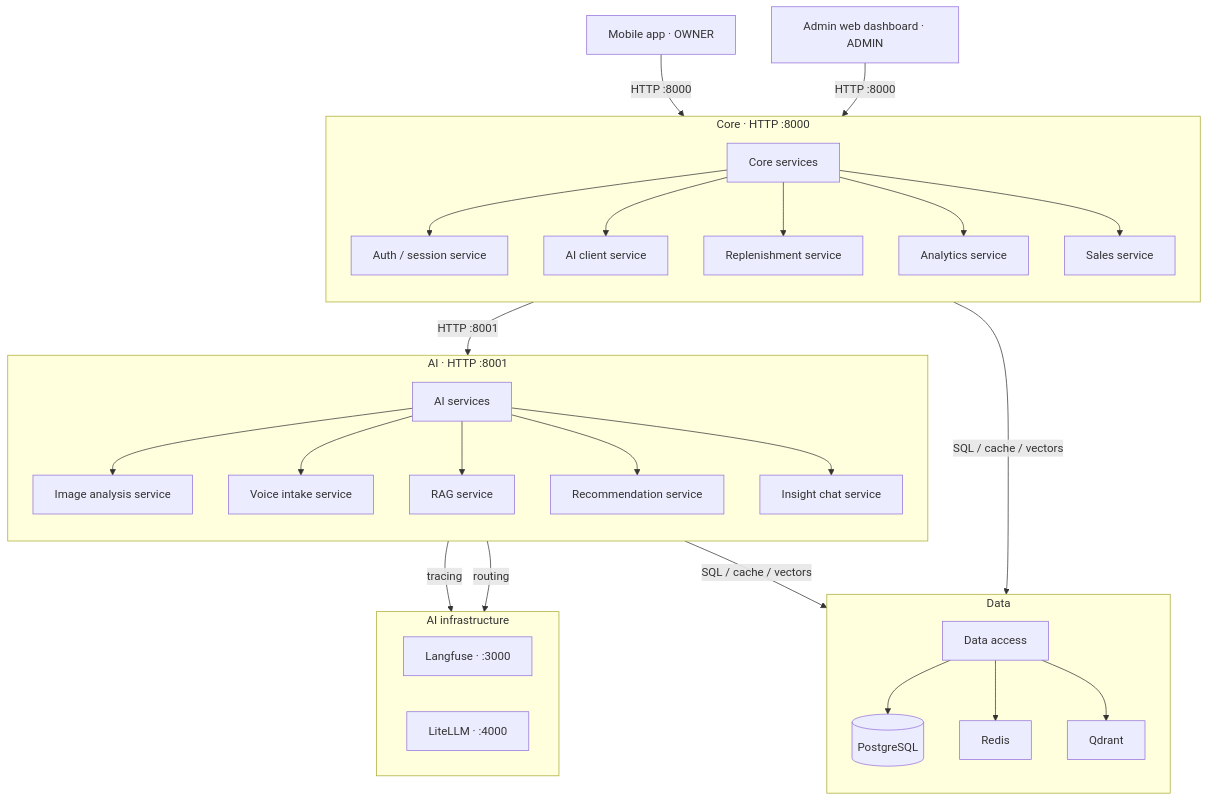
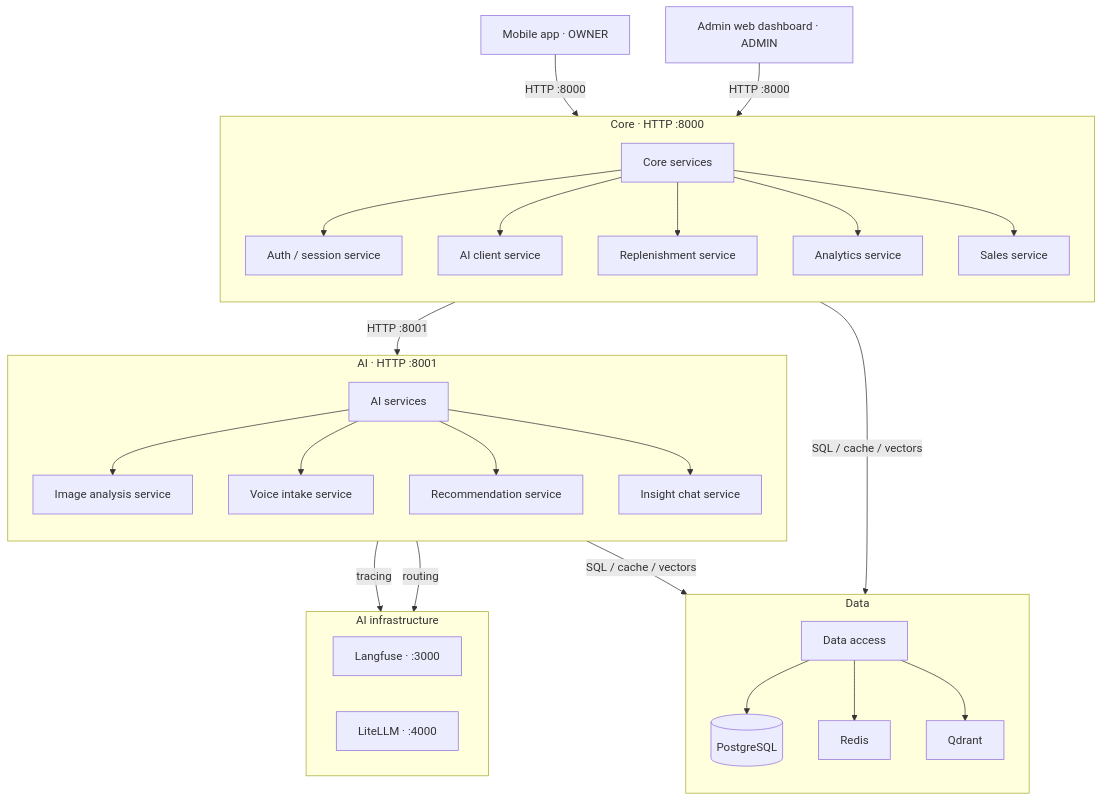
The diagram in docs/architecture/diagrams/src/architecture.mmd (miphu2804/smart-ledger), drawn with Mermaid before and after one commit. The commit also changed 9 other files, not shown here.

```diff
--- a/docs/architecture/diagrams/src/architecture.mmd
+++ b/docs/architecture/diagrams/src/architecture.mmd
@@ -1,61 +1,59 @@
 %% SmartLedger — MVP target architecture
 %% Rendered: ../images/architecture.svg, ../images/architecture.png
 %% Editable: architecture.drawio
 flowchart TB
     mobile["Mobile app · OWNER"]
     admin_web["Admin web dashboard · ADMIN"]
 
     subgraph core["Core · HTTP :8000"]
         direction TB
         core_hub["Core services"]
         auth["Auth / session service"]
         ai_client["AI client service"]
         replenishment["Replenishment service"]
         analytics["Analytics service"]
         sales["Sales service"]
         core_hub --> auth
         core_hub --> ai_client
         core_hub --> replenishment
         core_hub --> analytics
         core_hub --> sales
     end
 
     subgraph data["Data"]
         direction TB
         data_access["Data access"]
         postgres[("PostgreSQL")]
         redis["Redis"]
         qdrant["Qdrant"]
         data_access --> postgres
         data_access --> redis
         data_access --> qdrant
     end
 
     subgraph ai_infra["AI infrastructure"]
         direction LR
         langfuse["Langfuse · :3000"]
         litellm["LiteLLM · :4000"]
     end
 
     subgraph ai["AI · HTTP :8001"]
         direction TB
         ai_hub["AI services"]
         ai_image["Image analysis service"]
         ai_voice["Voice intake service"]
-        ai_rag["RAG service"]
         ai_rec["Recommendation service"]
         ai_chat["Insight chat service"]
         ai_hub --> ai_image
         ai_hub --> ai_voice
-        ai_hub --> ai_rag
         ai_hub --> ai_rec
         ai_hub --> ai_chat
     end
 
     mobile -->|"HTTP :8000"| core_hub
     admin_web -->|"HTTP :8000"| core_hub
     core_hub -->|"SQL / cache / vectors"| data_access
     core_hub -->|"HTTP :8001"| ai_hub
     ai_hub -->|"SQL / cache / vectors"| data_access
     ai_hub -->|"tracing"| langfuse
     ai_hub -->|"routing"| litellm
```
